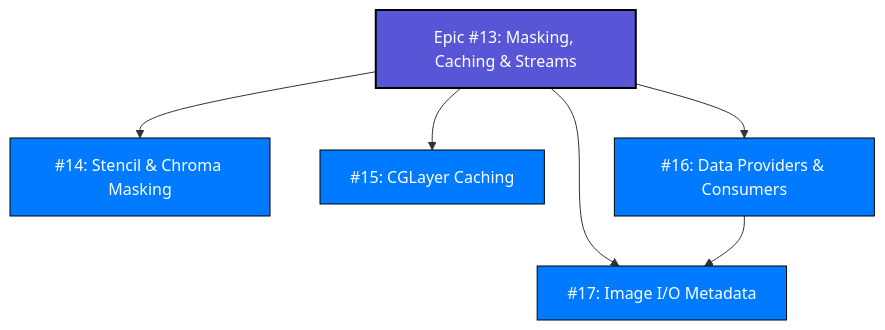
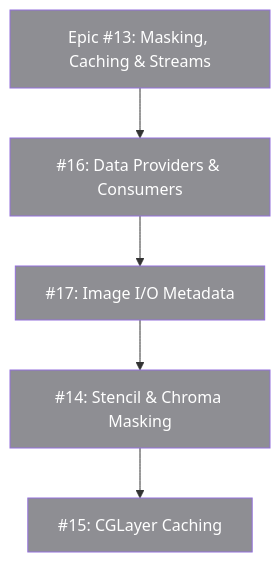
One commit to SlayerMotion/PureDraw changed the fourth of 6 diagrams in README.md. Above: the diagram before and after it, drawn with Mermaid. The commit also changed other lines of this file and 11 other files, not shown here.

First line of the commit message:
feat: implement graphics state properties and path containment checks

````diff
--- a/README.md
+++ b/README.md
@@ -181,17 +191,17 @@
 ```mermaid
-flowchart TD
-    Epic13["Epic #13: Masking, Caching & Streams"]:::epic --> I14["#14: Stencil & Chroma Masking"]:::issue
-    Epic13 --> I15["#15: CGLayer Caching"]:::issue
-    Epic13 --> I16["#16: Data Providers & Consumers"]:::issue
-    Epic13 --> I17["#17: Image I/O Metadata"]:::issue
-    
-    I16 --> I17
+flowchart TB
+    classDef done    fill:#34C759,color:#FFFFFF
+    classDef active  fill:#007AFF,color:#FFFFFF
+    classDef review  fill:#30B0C7,color:#FFFFFF
+    classDef next    fill:#5856D6,color:#FFFFFF
+    classDef partial fill:#FF9500,color:#FFFFFF
+    classDef todo    fill:#8E8E93,color:#FFFFFF
 
-    classDef epic fill:#5856d6,stroke:#000,color:#fff,stroke-width:2px;
-    classDef issue fill:#007aff,stroke:#000,color:#fff;
+    Epic13["Epic #13: Masking, Caching & Streams"]:::todo --> I16["#16: Data Providers & Consumers"]:::todo --> I17["#17: Image I/O Metadata"]:::todo --> I14["#14: Stencil & Chroma Masking"]:::todo --> I15["#15: CGLayer Caching"]:::todo
+
     click Epic13 href "https://github.com/mihaelamj/PureDraw/issues/13" "Epic #13"
     click I14 href "https://github.com/mihaelamj/PureDraw/issues/14" "Issue #14"
     click I15 href "https://github.com/mihaelamj/PureDraw/issues/15" "Issue #15"
     click I16 href "https://github.com/mihaelamj/PureDraw/issues/16" "Issue #16"
     click I17 href "https://github.com/mihaelamj/PureDraw/issues/17" "Issue #17"
 ```
````
